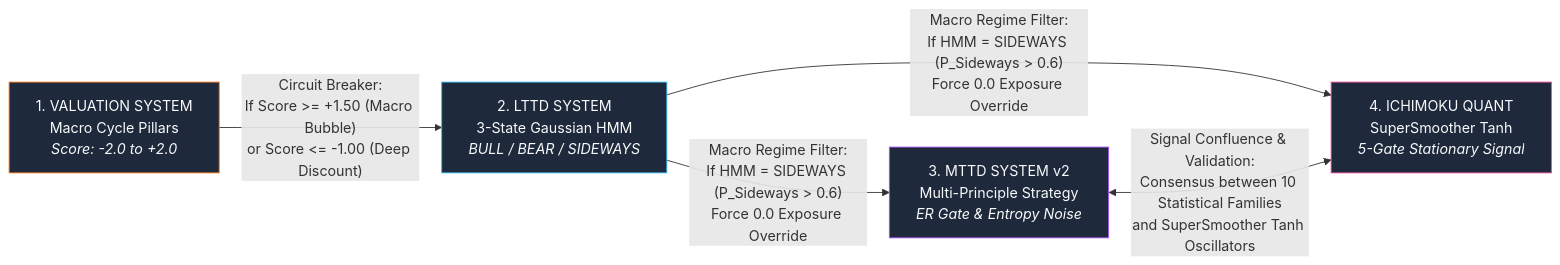
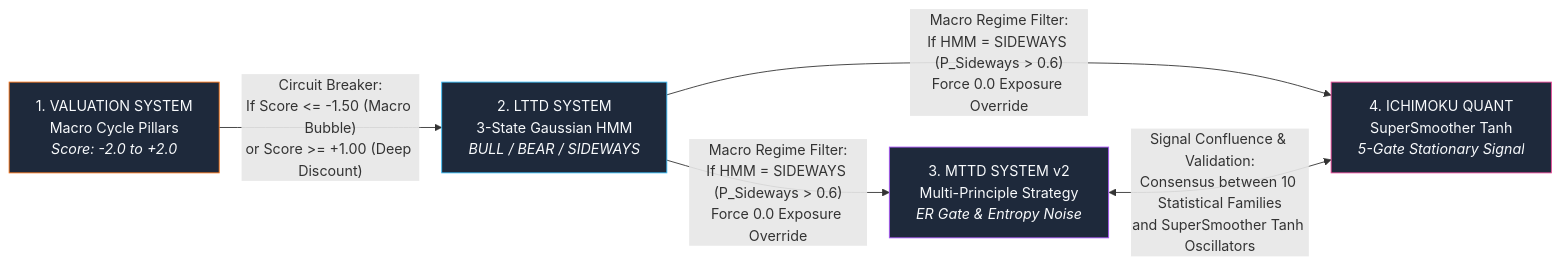
The second of 2 diagrams in UNIFIED_SYSTEM_ARCHITECTURE.md (lutfi-zain/quant.maftia.tech), drawn with Mermaid before and after one commit. The commit also changed other lines of this file and 18 other files, not shown here.

````diff
--- a/UNIFIED_SYSTEM_ARCHITECTURE.md
+++ b/UNIFIED_SYSTEM_ARCHITECTURE.md
@@ -165,16 +165,16 @@
 ```mermaid
 flowchart LR
     VAL["1. VALUATION SYSTEM<br/>Macro Cycle Pillars<br/><i>Score: -2.0 to +2.0</i>"]
     LTTD["2. LTTD SYSTEM<br/>3-State Gaussian HMM<br/><i>BULL / BEAR / SIDEWAYS</i>"]
     MTTD["3. MTTD SYSTEM v2<br/>Multi-Principle Strategy<br/><i>ER Gate & Entropy Noise</i>"]
     ICH["4. ICHIMOKU QUANT<br/>SuperSmoother Tanh<br/><i>5-Gate Stationary Signal</i>"]
 
-    VAL -->|"Circuit Breaker:<br/>If Score >= +1.50 (Macro Bubble)<br/>or Score <= -1.00 (Deep Discount)"| LTTD
+    VAL -->|"Circuit Breaker:<br/>If Score <= -1.50 (Macro Bubble)<br/>or Score >= +1.00 (Deep Discount)"| LTTD
     LTTD -->|"Macro Regime Filter:<br/>If HMM = SIDEWAYS (P_Sideways > 0.6)<br/>Force 0.0 Exposure Override"| MTTD & ICH
     MTTD <-->|"Signal Confluence & Validation:<br/>Consensus between 10 Statistical Families<br/>and SuperSmoother Tanh Oscillators"| ICH
 
     style VAL fill:#1e293b,stroke:#f97316,color:#f8fafc
     style LTTD fill:#1e293b,stroke:#38bdf8,color:#f8fafc
     style MTTD fill:#1e293b,stroke:#a855f7,color:#f8fafc
     style ICH fill:#1e293b,stroke:#ec4899,color:#f8fafc
 ```
````
